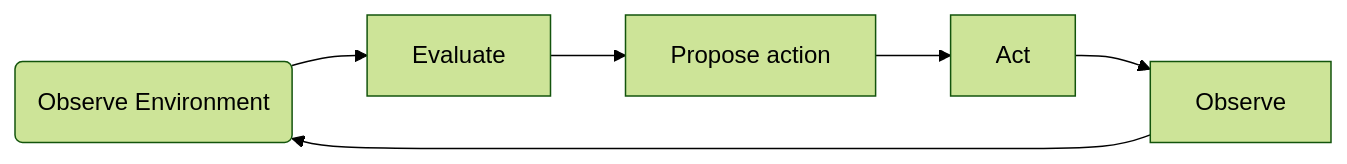
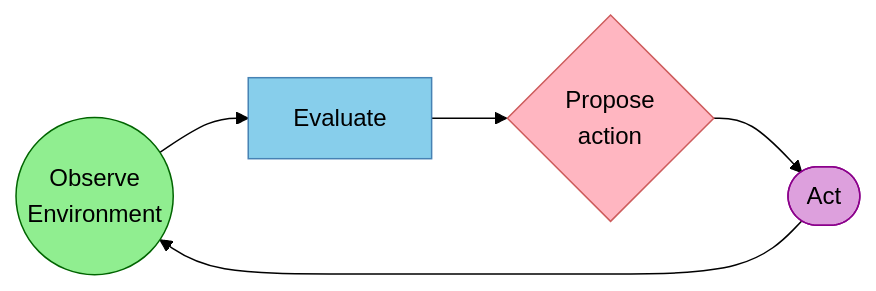
The first of 3 diagrams in docs/Understanding/agents/index.md (ianderrington/genai), drawn with Mermaid (forest theme) before and after one commit. The commit also changed other lines of this file and 37 other files, not shown here.

````diff
--- a/docs/Understanding/agents/index.md
+++ b/docs/Understanding/agents/index.md
@@ -16,8 +16,12 @@
     ```mermaid
     graph LR
-        A(Observe Environment) --> B[Evaluate]
-        B --> C[Propose action]
-        C --> D[Act]
-        D --> E[Observe]
-        E --> A
+        A((Observe<br> Environment)):::observe --> B[Evaluate]:::evaluate
+        B --> C{Propose<br> action}:::propose
+        C --> D([Act]):::act
+        D --> A
+        
+        classDef observe fill:#90EE90,stroke:#006400
+        classDef evaluate fill:#87CEEB,stroke:#4682B4
+        classDef propose fill:#FFB6C1,stroke:#CD5C5C
+        classDef act fill:#DDA0DD,stroke:#8B008B
     ```
````
